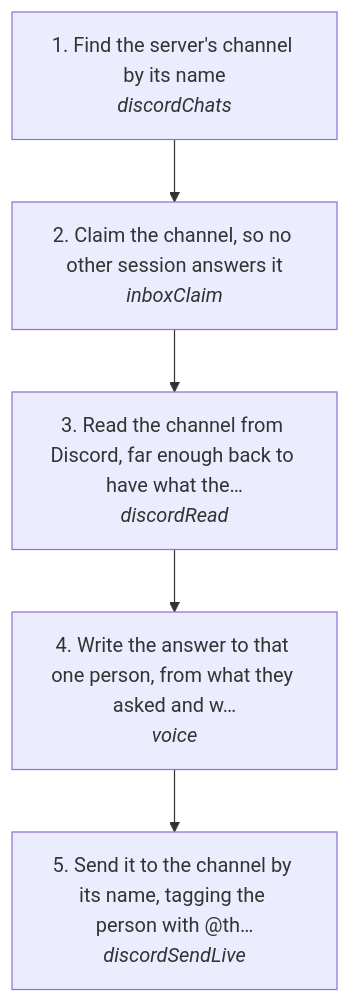
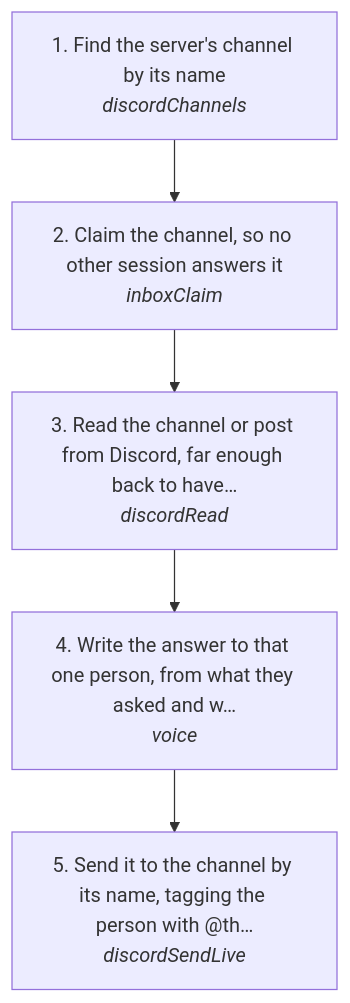
One commit to matthewdonsemail-lab/log changed the diagram in docs/useCases/discord/serverReply.md. Above: the diagram before and after it, drawn with Mermaid. The commit also changed other lines of this file and 27 other files, not shown here.

Commit message:
feat(discord): servers, channels, forum posts and server search as their own tools

````diff
--- a/docs/useCases/discord/serverReply.md
+++ b/docs/useCases/discord/serverReply.md
@@ -28,12 +28,12 @@
 ```mermaid
 flowchart TD
-  s0["1. Find the server's channel by its name<br/><i>discordChats</i>"]
+  s0["1. Find the server's channel by its name<br/><i>discordChannels</i>"]
   s1["2. Claim the channel, so no other session answers it<br/><i>inboxClaim</i>"]
-  s2["3. Read the channel from Discord, far enough back to have what the…<br/><i>discordRead</i>"]
+  s2["3. Read the channel or post from Discord, far enough back to have…<br/><i>discordRead</i>"]
   s3["4. Write the answer to that one person, from what they asked and w…<br/><i>voice</i>"]
   s4["5. Send it to the channel by its name, tagging the person with @th…<br/><i>discordSendLive</i>"]
   s0 --> s1
   s1 --> s2
   s2 --> s3
   s3 --> s4
 ```
````
